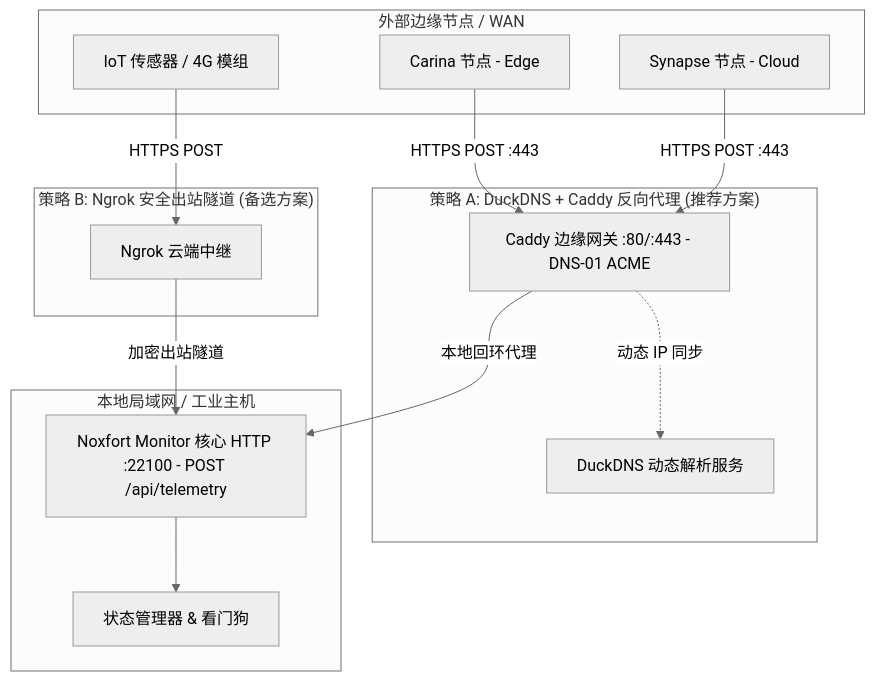
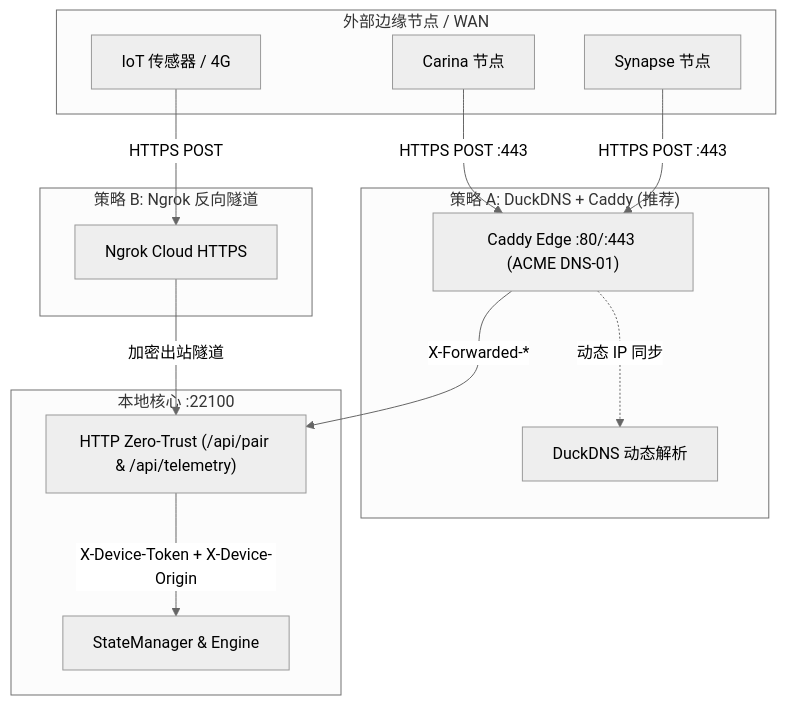
Before and after one commit to Noxfort-Systems-Brazil/MONITOR: the diagram in docs/zh/remote_access.md, drawn with Mermaid (neutral theme). The commit also changed other lines of this file and 186 other files, not shown here.

````diff
--- a/docs/zh/remote_access.md
+++ b/docs/zh/remote_access.md
@@ -13,31 +11,31 @@
 ```mermaid
 graph TD
     subgraph "外部边缘节点 / WAN"
-        Carina[Carina 节点 - Edge]
-        Synapse[Synapse 节点 - Cloud]
-        Sensor[IoT 传感器 / 4G 模组]
+        Carina[Carina 节点]
+        Synapse[Synapse 节点]
+        Sensor[IoT 传感器 / 4G]
     end
 
-    subgraph "策略 A: DuckDNS + Caddy 反向代理 (推荐方案)"
-        DuckDNS[DuckDNS 动态解析服务]
-        Caddy[Caddy 边缘网关 :80/:443 - DNS-01 ACME]
+    subgraph "策略 A: DuckDNS + Caddy (推荐)"
+        DuckDNS[DuckDNS 动态解析]
+        Caddy["Caddy Edge :80/:443 (ACME DNS-01)"]
     end
 
-    subgraph "策略 B: Ngrok 安全出站隧道 (备选方案)"
-        NgrokEdge[Ngrok 云端中继]
+    subgraph "策略 B: Ngrok 反向隧道"
+        NgrokEdge[Ngrok Cloud HTTPS]
     end
 
-    subgraph "本地局域网 / 工业主机"
-        ExtHTTP[Noxfort Monitor 核心 HTTP :22100 - POST /api/telemetry]
-        StateManager[状态管理器 & 看门狗]
+    subgraph "本地核心 :22100"
+        ExtHTTP["HTTP Zero-Trust (/api/pair & /api/telemetry)"]
+        StateManager[StateManager & Engine]
     end
 
-    Carina -->|HTTPS POST :443| Caddy
-    Synapse -->|HTTPS POST :443| Caddy
-    Sensor -->|HTTPS POST| NgrokEdge
+    Carina -->|"HTTPS POST :443"| Caddy
+    Synapse -->|"HTTPS POST :443"| Caddy
+    Sensor -->|"HTTPS POST"| NgrokEdge
 
-    Caddy -.->|动态 IP 同步| DuckDNS
-    Caddy -->|本地回环代理| ExtHTTP
-    NgrokEdge -->|加密出站隧道| ExtHTTP
-    ExtHTTP --> StateManager
+    Caddy -.->|"动态 IP 同步"| DuckDNS
+    Caddy -->|"X-Forwarded-*"| ExtHTTP
+    NgrokEdge -->|"加密出站隧道"| ExtHTTP
+    ExtHTTP -->|"X-Device-Token + X-Device-Origin"| StateManager
 ```
````
